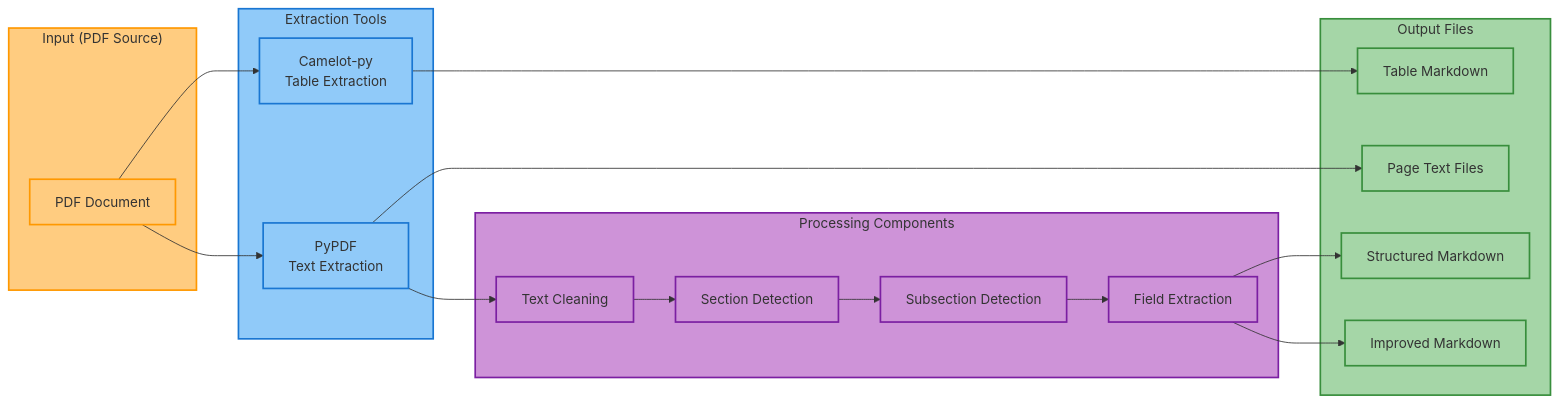
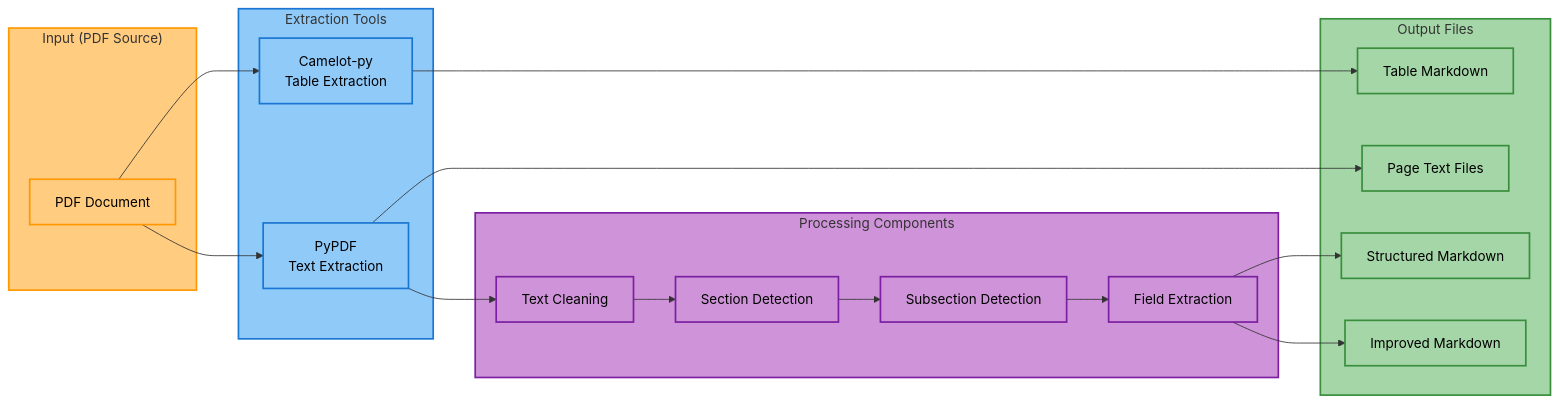
One commit to SoundMindsAI/pdf-handling changed the third of 3 diagrams in README.md. Above: the diagram before and after it, drawn with Mermaid. The commit also changed other lines of this file, not shown here.

Commit message:
Fix newline rendering in Mermaid diagrams
- Replace \n with <br> for proper HTML line breaks in node labels
- Updated all labels that require line breaks across all diagrams
- Added font tags to ensure text color consistency

````diff
--- a/README.md
+++ b/README.md
@@ -154,51 +154,51 @@
 ```mermaid
 flowchart LR
     subgraph Input["Input (PDF Source)"]
         style Input fill:#ffcc80,stroke:#ff9800,stroke-width:2px
-        PDF[PDF Document]
+        PDF[<font color="black">PDF Document</font>]
         style PDF fill:#ffcc80,stroke:#ff9800,stroke-width:2px
     end
     
     subgraph Extraction["Extraction Tools"]
         style Extraction fill:#90caf9,stroke:#1976d2,stroke-width:2px
-        CamelotPy[Camelot-py\nTable Extraction]
-        PyPDF[PyPDF\nText Extraction]
+        CamelotPy[<font color="black">Camelot-py<br>Table Extraction</font>]
+        PyPDF[<font color="black">PyPDF<br>Text Extraction</font>]
         style CamelotPy fill:#90caf9,stroke:#1976d2,stroke-width:2px
         style PyPDF fill:#90caf9,stroke:#1976d2,stroke-width:2px
     end
     
     subgraph Processing["Processing Components"]
         style Processing fill:#ce93d8,stroke:#7b1fa2,stroke-width:2px
-        Cleaning[Text Cleaning]
-        SectionDetection[Section Detection]
-        SubsectionDetection[Subsection Detection]
-        FieldExtraction[Field Extraction]
+        Cleaning[<font color="black">Text Cleaning</font>]
+        SectionDetection[<font color="black">Section Detection</font>]
+        SubsectionDetection[<font color="black">Subsection Detection</font>]
+        FieldExtraction[<font color="black">Field Extraction</font>]
         style Cleaning fill:#ce93d8,stroke:#7b1fa2,stroke-width:2px
         style SectionDetection fill:#ce93d8,stroke:#7b1fa2,stroke-width:2px
         style SubsectionDetection fill:#ce93d8,stroke:#7b1fa2,stroke-width:2px
         style FieldExtraction fill:#ce93d8,stroke:#7b1fa2,stroke-width:2px
     end
     
     subgraph Output["Output Files"]
         style Output fill:#a5d6a7,stroke:#388e3c,stroke-width:2px
-        TablesMD[Table Markdown]
-        PageText[Page Text Files]
-        StructuredMD[Structured Markdown]
-        ImprovedMD[Improved Markdown]
+        TablesMD[<font color="black">Table Markdown</font>]
+        PageText[<font color="black">Page Text Files</font>]
+        StructuredMD[<font color="black">Structured Markdown</font>]
+        ImprovedMD[<font color="black">Improved Markdown</font>]
         style TablesMD fill:#a5d6a7,stroke:#388e3c,stroke-width:2px
         style PageText fill:#a5d6a7,stroke:#388e3c,stroke-width:2px
         style StructuredMD fill:#a5d6a7,stroke:#388e3c,stroke-width:2px
         style ImprovedMD fill:#a5d6a7,stroke:#388e3c,stroke-width:2px
     end
     
     PDF --> CamelotPy
     PDF --> PyPDF
     CamelotPy --> TablesMD
     PyPDF --> PageText
     PyPDF --> Cleaning
     Cleaning --> SectionDetection
     SectionDetection --> SubsectionDetection
     SubsectionDetection --> FieldExtraction
     FieldExtraction --> StructuredMD
     FieldExtraction --> ImprovedMD
 ```
````
